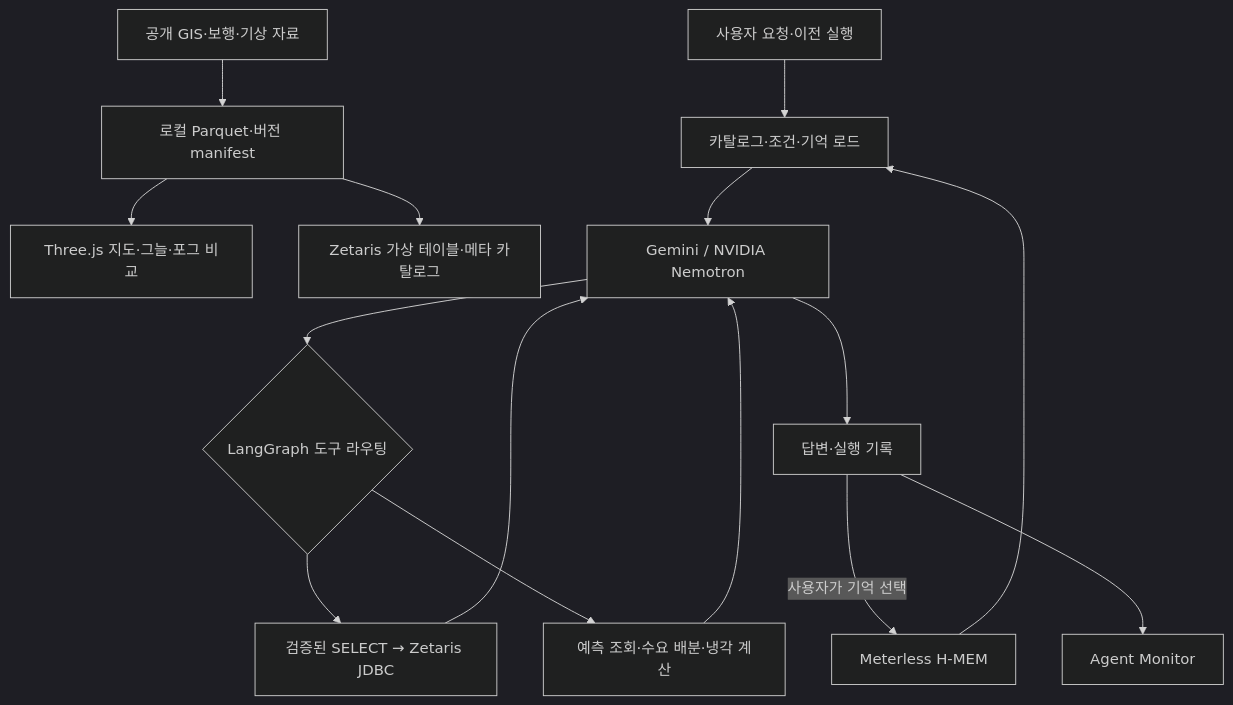
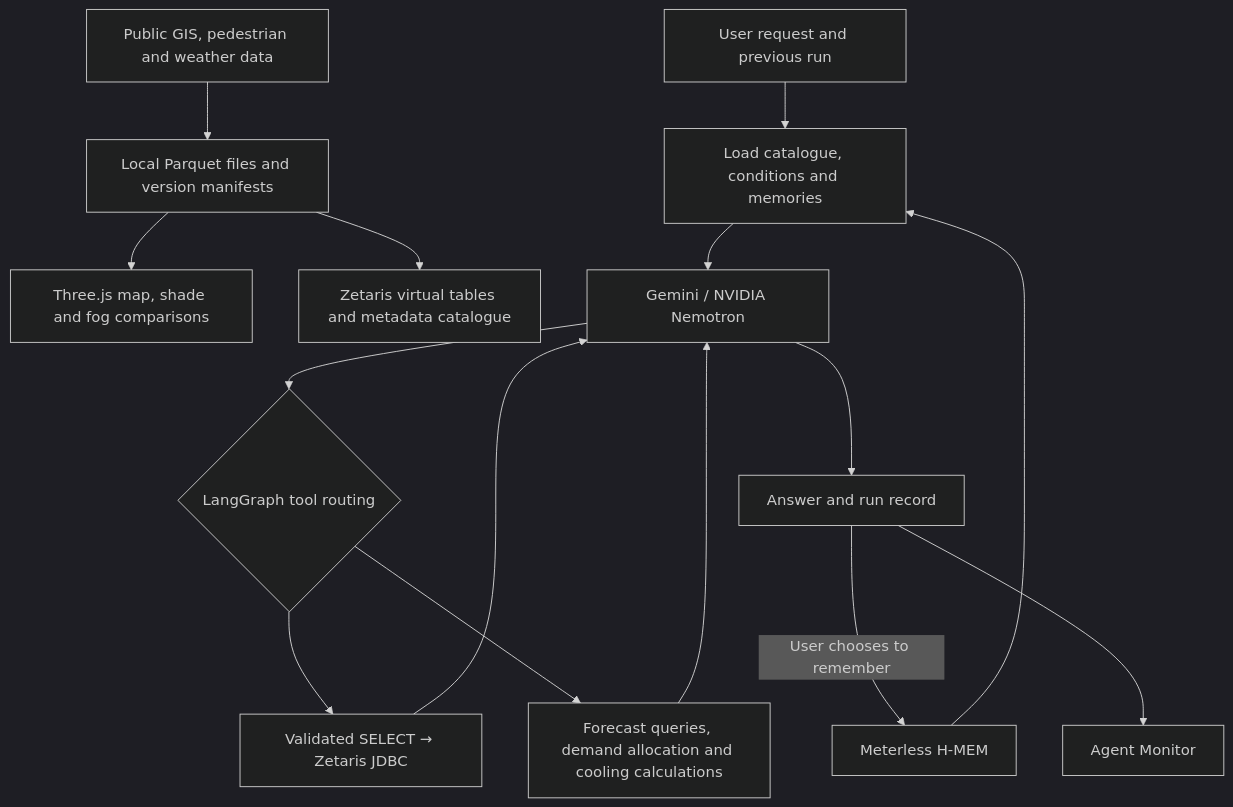
Before and after one commit to asteran32/GENAI_WORKS_HACKATHON: the diagram in README.md, drawn with Mermaid (dark theme). The commit also changed other lines of this file and 1 other file, not shown here.

````diff
--- a/README.md
+++ b/README.md
@@ -135,17 +137,17 @@
 ```mermaid
 flowchart TD
-  D[공개 GIS·보행·기상 자료] --> P[로컬 Parquet·버전 manifest]
-  P --> MAP[Three.js 지도·그늘·포그 비교]
-  P --> Z[Zetaris 가상 테이블·메타 카탈로그]
-  Q[사용자 요청·이전 실행] --> C[카탈로그·조건·기억 로드]
+  D[Public GIS, pedestrian and weather data] --> P[Local Parquet files and version manifests]
+  P --> MAP[Three.js map, shade and fog comparisons]
+  P --> Z[Zetaris virtual tables and metadata catalogue]
+  Q[User request and previous run] --> C[Load catalogue, conditions and memories]
   H[Meterless H-MEM] --> C
   C --> M[Gemini / NVIDIA Nemotron]
-  M --> T{LangGraph 도구 라우팅}
-  T --> SQL[검증된 SELECT → Zetaris JDBC]
-  T --> CALC[예측 조회·수요 배분·냉각 계산]
+  M --> T{LangGraph tool routing}
+  T --> SQL[Validated SELECT → Zetaris JDBC]
+  T --> CALC[Forecast queries, demand allocation and cooling calculations]
   SQL --> M
   CALC --> M
-  M --> R[답변·실행 기록]
-  R -->|사용자가 기억 선택| H
+  M --> R[Answer and run record]
+  R -->|User chooses to remember| H
   R --> MON[Agent Monitor]
 ```
````
